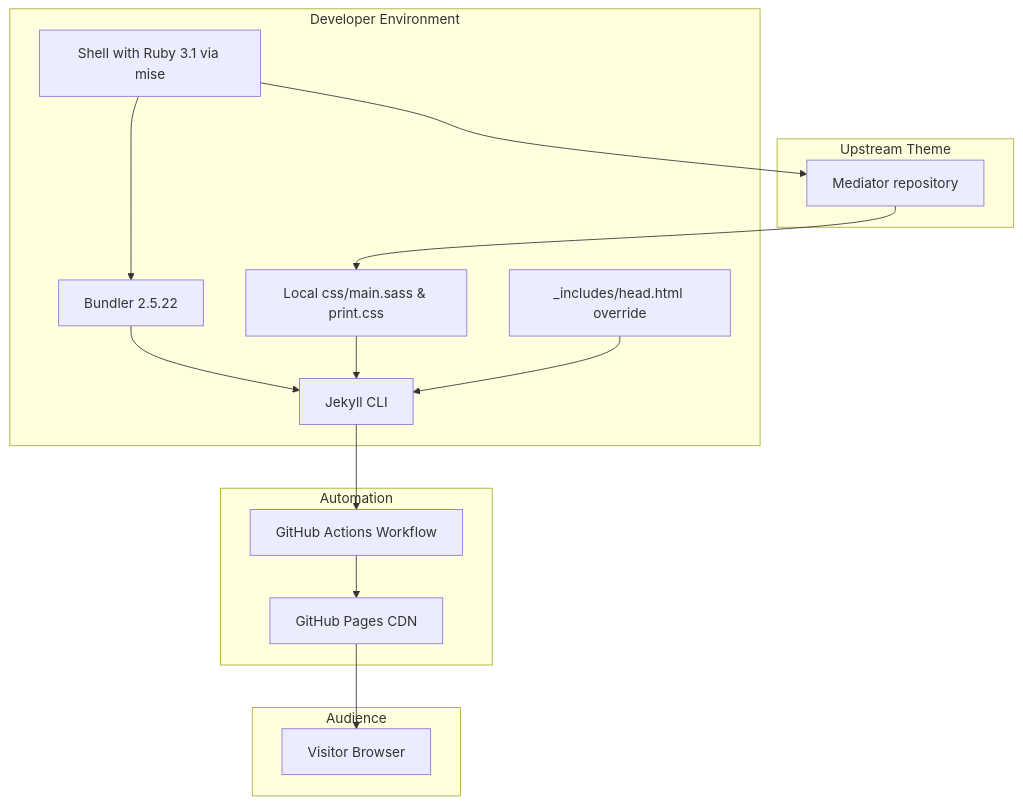
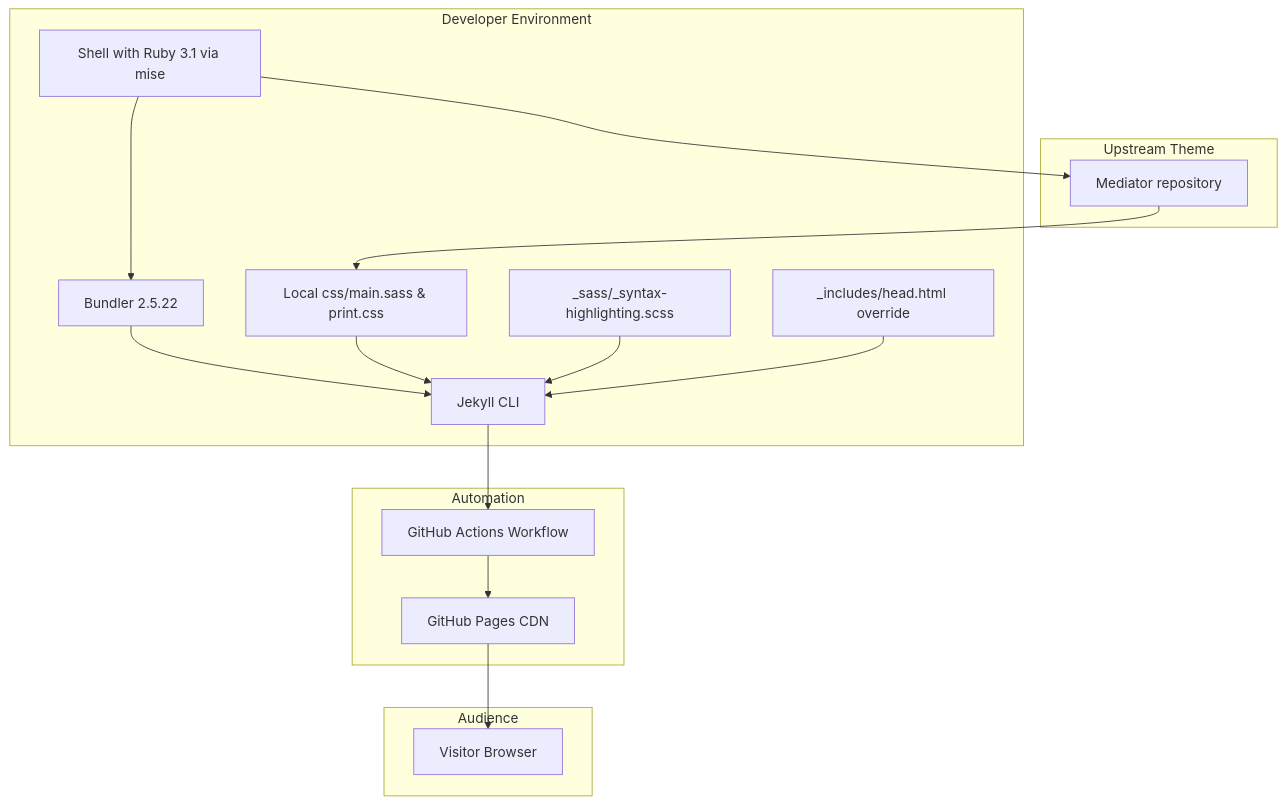
One commit to muyueh/Jekyll changed the fourth of 6 diagrams in README.md. Above: the diagram before and after it, drawn with Mermaid. The commit also changed other lines of this file and 2 other files, not shown here.

Commit message:
Patch Sass dependencies for local build

````diff
--- a/README.md
+++ b/README.md
@@ -57,27 +62,29 @@
 ```mermaid
 graph TD
     subgraph Developer Environment
         D[Shell with Ruby 3.1 via mise]
         B[Bundler 2.5.22]
         C[Local css/main.sass & print.css]
+        S[_sass/_syntax-highlighting.scss]
         H[_includes/head.html override]
         J[Jekyll CLI]
     end
     subgraph Upstream Theme
         MT[Mediator repository]
     end
     subgraph Automation
         GA[GitHub Actions Workflow]
         GP[GitHub Pages CDN]
     end
     subgraph Audience
         BR[Visitor Browser]
     end
 
     D --> MT
     MT --> C
     D --> B --> J
     C --> J
+    S --> J
     H --> J
     J --> GA --> GP --> BR
 ```
````
